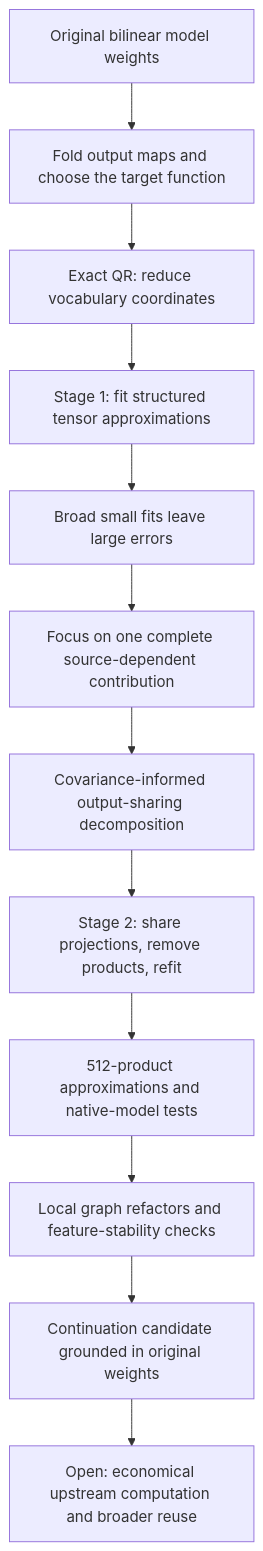
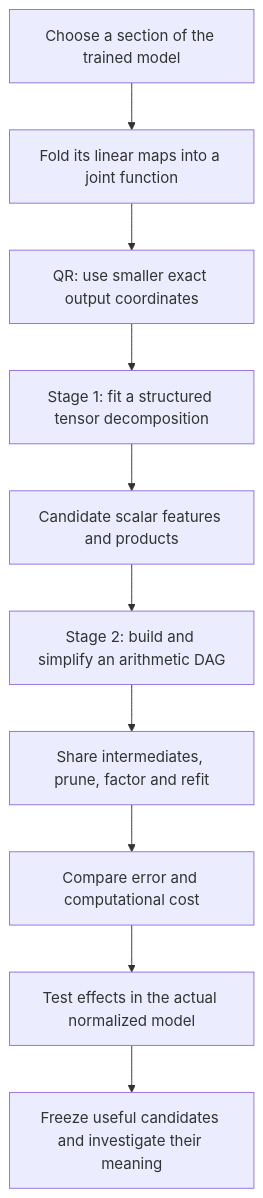
One commit to loganriggs/tensor_language changed the first of 2 diagrams in basis_aligned/polynomial_causal/explanations/for_logan/research_update_2026-09-21_0104_full_coverage_and_shared_baselines.md. Above: the diagram before and after it, drawn with Mermaid. The commit also changed other lines of this file and 16 other files, not shown here.

Commit message:
Test joint quartic weight fitting and diagnose functional metric failure

````diff
--- a/basis_aligned/polynomial_causal/explanations/for_logan/research_update_2026-09-21_0104_full_coverage_and_shared_baselines.md
+++ b/basis_aligned/polynomial_causal/explanations/for_logan/research_update_2026-09-21_0104_full_coverage_and_shared_baselines.md
@@ -13,14 +17,12 @@
 ```mermaid
 flowchart TD
-    A[Original bilinear model weights] --> B[Fold output maps and choose the target function]
-    B --> C[Exact QR: reduce vocabulary coordinates]
-    C --> D[Stage 1: fit structured tensor approximations]
-    D --> E[Broad small fits leave large errors]
-    E --> F[Focus on one complete source-dependent contribution]
-    F --> G[Covariance-informed output-sharing decomposition]
-    G --> H[Stage 2: share projections, remove products, refit]
-    H --> I[512-product approximations and native-model tests]
-    I --> J[Local graph refactors and feature-stability checks]
-    J --> K[Continuation candidate grounded in original weights]
-    K --> L[Open: economical upstream computation and broader reuse]
+    A[Choose a section of the trained model] --> B[Fold its linear maps into a joint function]
+    B --> C[QR: use smaller exact output coordinates]
+    C --> D[Stage 1: fit a structured tensor decomposition]
+    D --> E[Candidate scalar features and products]
+    E --> F[Stage 2: build and simplify an arithmetic DAG]
+    F --> G[Share intermediates, prune, factor and refit]
+    G --> H[Compare error and computational cost]
+    H --> I[Test effects in the actual normalized model]
+    I --> J[Freeze useful candidates and investigate their meaning]
 ```
````
